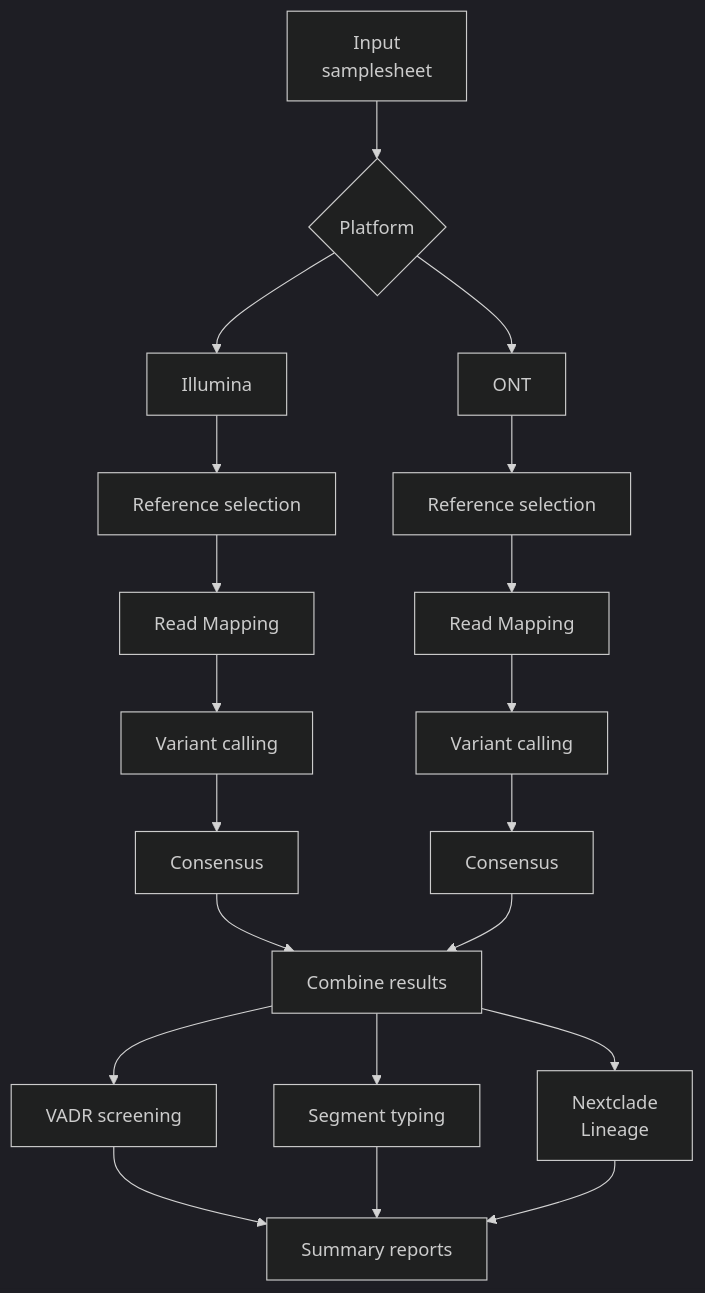
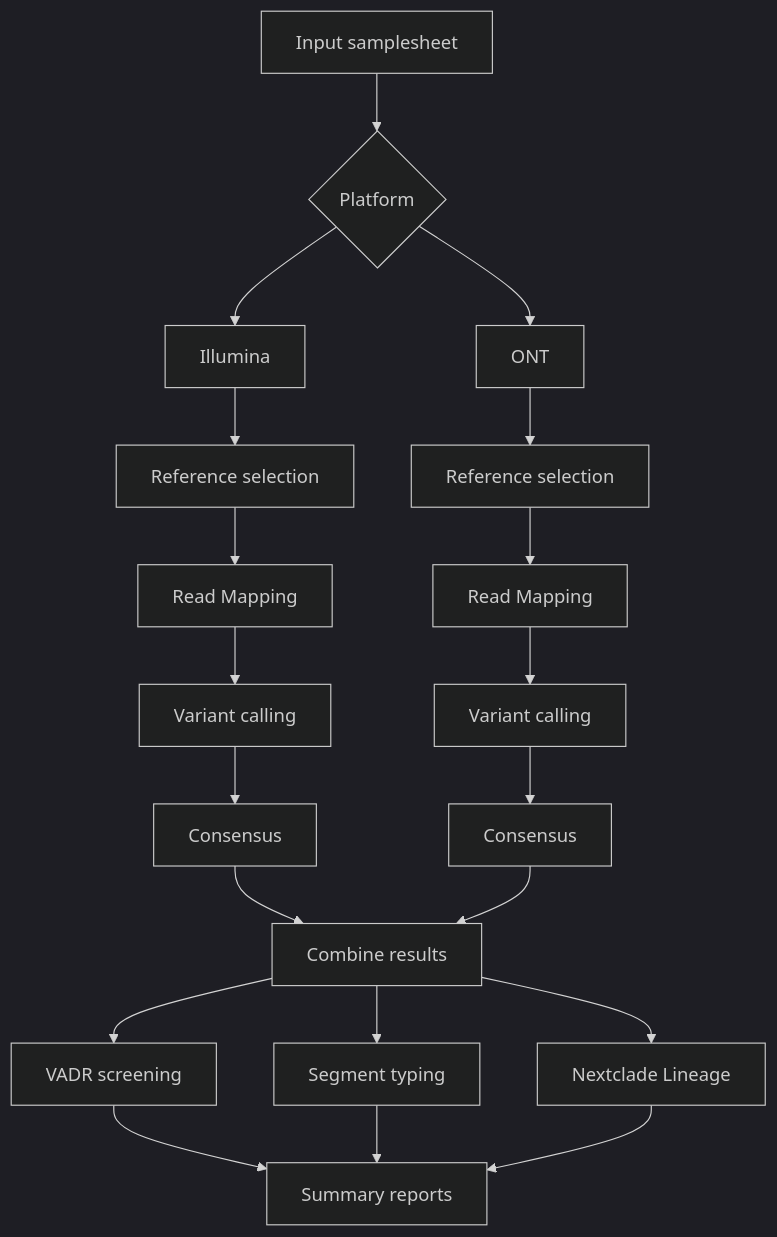
Before and after one commit to provlab-bioinfo/nf-fluab: the diagram in README.md, drawn with Mermaid (dark theme). The commit also changed other lines of this file, not shown here.

````diff
--- a/README.md
+++ b/README.md
@@ -11,29 +12,29 @@
 ```mermaid
 flowchart TD
-    A[Input<br>samplesheet] --> B{Platform}
+    A[Input samplesheet] --> B{Platform}
     B --> C[Illumina]
     B --> D[ONT]
 
     C --> E[Reference selection]
     D --> F[Reference selection]
 
     E --> G[Read Mapping]
     F --> H[Read Mapping]
 
     G --> I[Variant calling]
     H --> J[Variant calling]
 
     I --> K[Consensus]
     J --> L[Consensus]
 
     K --> M[Combine results]
     L --> M
 
     M --> N[VADR screening]
     M --> O[Segment typing]
-    M --> P[Nextclade<br>Lineage]
+    M --> P[Nextclade Lineage]
 
     N --> Q[Summary reports]
     O --> Q
     P --> Q
 ```
````
